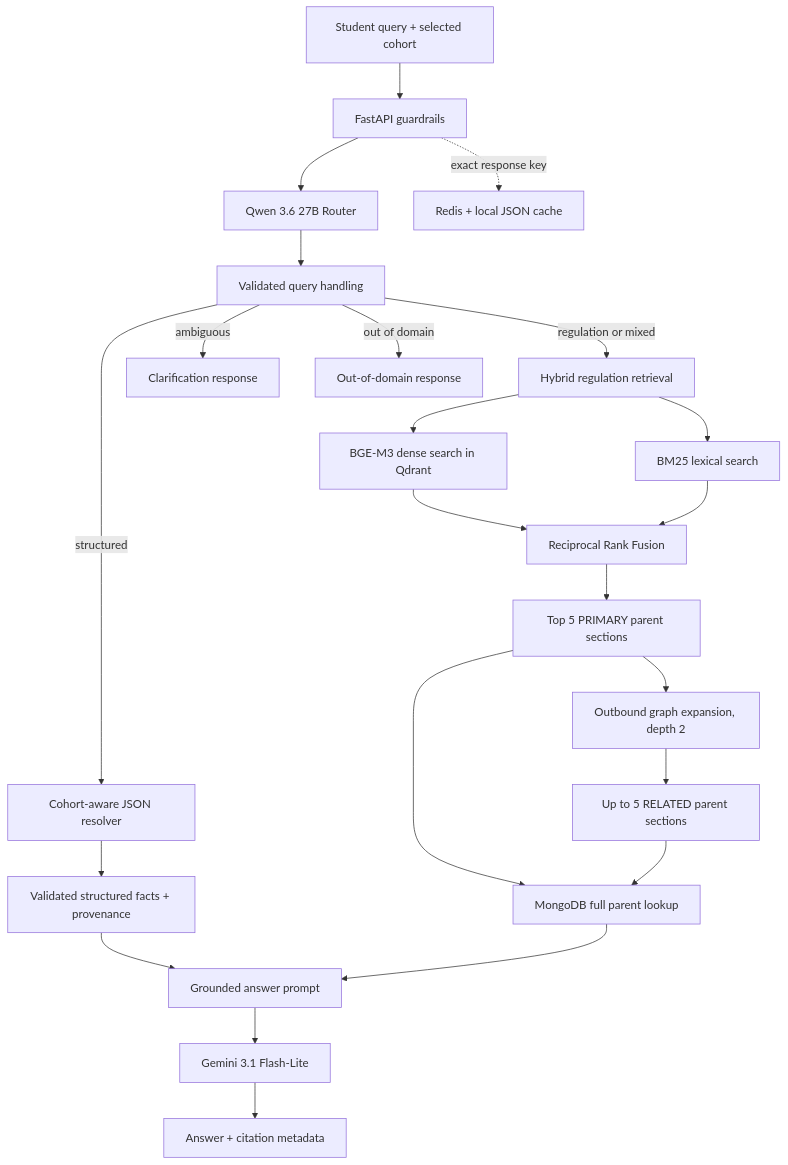
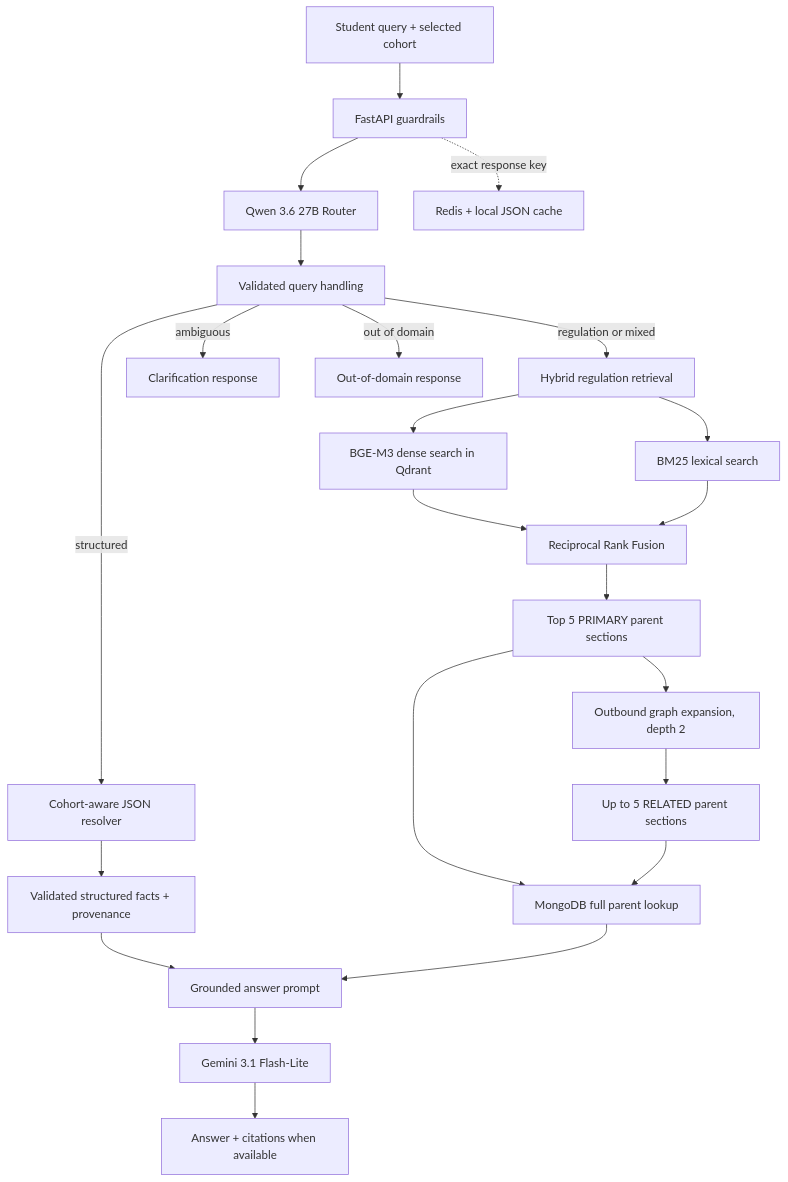
The diagram in README.md (AnhPhiNe/student-handbook-rag-chatbot), drawn with Mermaid before and after one commit. The commit also changed other lines of this file, not shown here.

Commit message:
docs: update README with new architecture

````diff
--- a/README.md
+++ b/README.md
@@ -50,30 +50,30 @@
 ```mermaid
 flowchart TD
     User["Student query + selected cohort"] --> API["FastAPI guardrails"]
     API --> Router["Qwen 3.6 27B Router"]
     Router --> Query["Validated query handling"]
 
     Query -->|structured| Resolver["Cohort-aware JSON resolver"]
     Query -->|regulation or mixed| Retrieval["Hybrid regulation retrieval"]
     Query -->|ambiguous| Clarify["Clarification response"]
     Query -->|out of domain| Reject["Out-of-domain response"]
 
     Resolver --> Structured["Validated structured facts + provenance"]
 
     Retrieval --> Dense["BGE-M3 dense search in Qdrant"]
     Retrieval --> Sparse["BM25 lexical search"]
     Dense --> RRF["Reciprocal Rank Fusion"]
     Sparse --> RRF
     RRF --> Primary["Top 5 PRIMARY parent sections"]
     Primary --> Graph["Outbound graph expansion, depth 2"]
     Graph --> Related["Up to 5 RELATED parent sections"]
     Primary --> Mongo["MongoDB full parent lookup"]
     Related --> Mongo
 
     Structured --> Prompt["Grounded answer prompt"]
     Mongo --> Prompt
     Prompt --> Gemini["Gemini 3.1 Flash-Lite"]
-    Gemini --> Output["Answer + citation metadata"]
+    Gemini --> Output["Answer + citations when available"]
 
     API -. exact response key .-> Cache["Redis + local JSON cache"]
 ```
````
